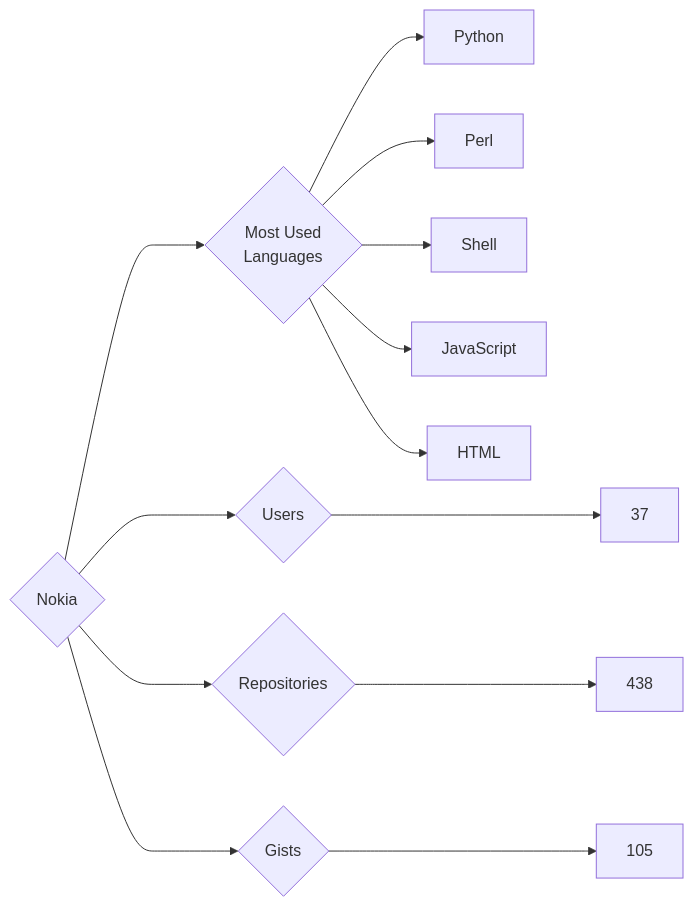
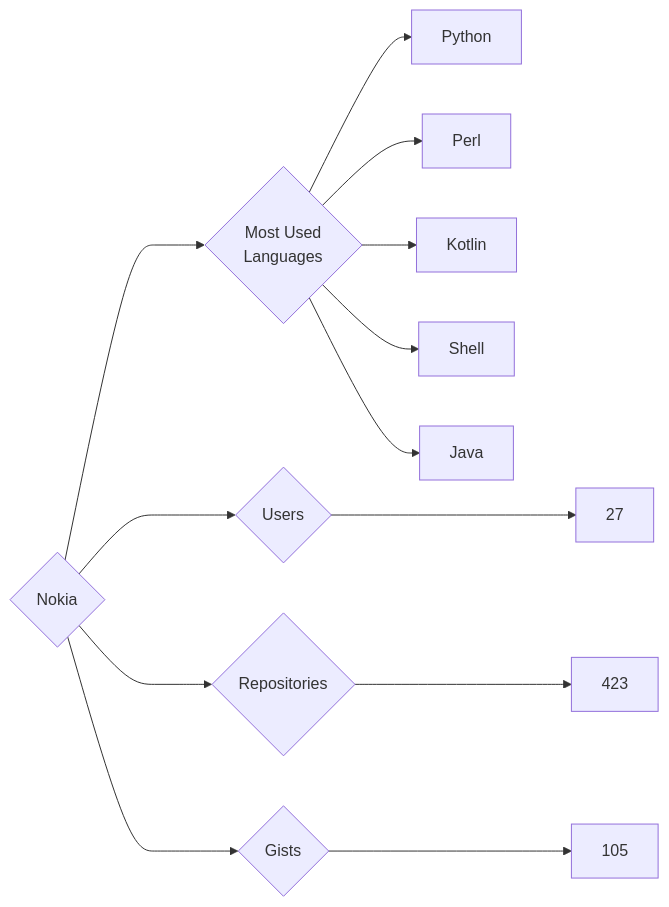
One commit to trickest/insiders changed the diagram in targets/Nokia/README.md. Above: the diagram before and after it, drawn with Mermaid. The commit also changed 976 other files, not shown here.

````diff
--- a/targets/Nokia/README.md
+++ b/targets/Nokia/README.md
@@ -3,13 +3,13 @@
 ```mermaid
 graph LR
 COMPANY_NAME{Nokia}
-COMPANY_NAME ---> U{Users} ---> UN[37]
-COMPANY_NAME ---> R{Repositories} ---> RN[438]
+COMPANY_NAME ---> U{Users} ---> UN[27]
+COMPANY_NAME ---> R{Repositories} ---> RN[423]
 COMPANY_NAME ---> G{Gists} ---> GN[105]
 COMPANY_NAME ---> ML{Most Used<br>Languages}
 ML --> Python[Python]
 ML --> Perl[Perl]
+ML --> Kotlin[Kotlin]
 ML --> Shell[Shell]
-ML --> JavaScript[JavaScript]
-ML --> HTML[HTML]
+ML --> Java[Java]
 ```
````
